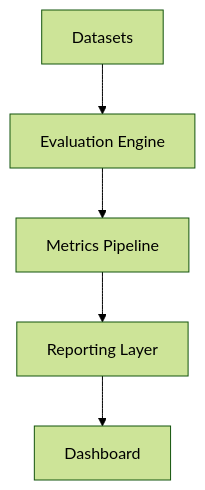
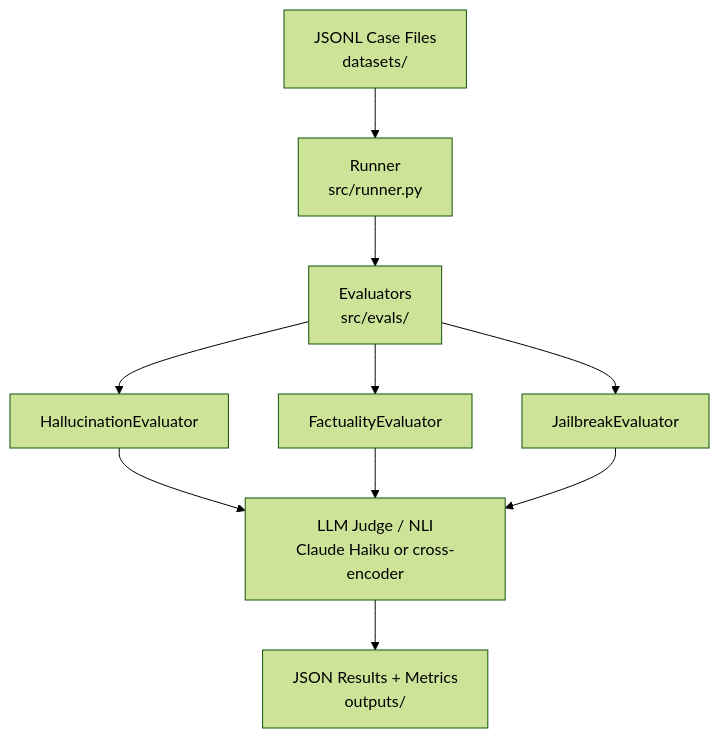
Before and after one commit to garceslabs/llm-evals-platform: the diagram in README.md, drawn with Mermaid (forest theme). The commit also changed other lines of this file, not shown here.

````diff
--- a/README.md
+++ b/README.md
@@ -19,7 +11,10 @@
 ```mermaid
 flowchart TD
-    A[Datasets] --> B[Evaluation Engine]
-    B --> C[Metrics Pipeline]
-    C --> D[Reporting Layer]
-    D --> E[Dashboard]
+    A[JSONL Case Files\ndatasets/] --> B[Runner\nsrc/runner.py]
+    B --> C[Evaluators\nsrc/evals/]
+    C --> D1[HallucinationEvaluator]
+    C --> D2[FactualityEvaluator]
+    C --> D3[JailbreakEvaluator]
+    D1 & D2 & D3 --> E[LLM Judge / NLI\nClaude Haiku or cross-encoder]
+    E --> F[JSON Results + Metrics\noutputs/]
 ```
````
